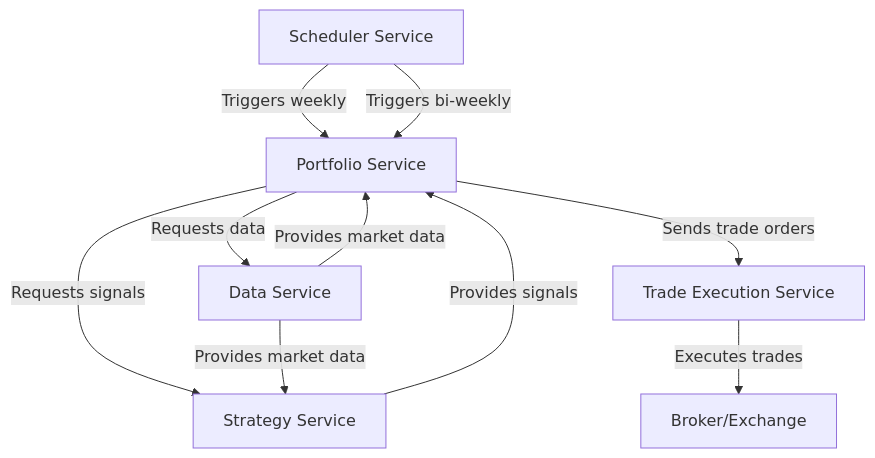
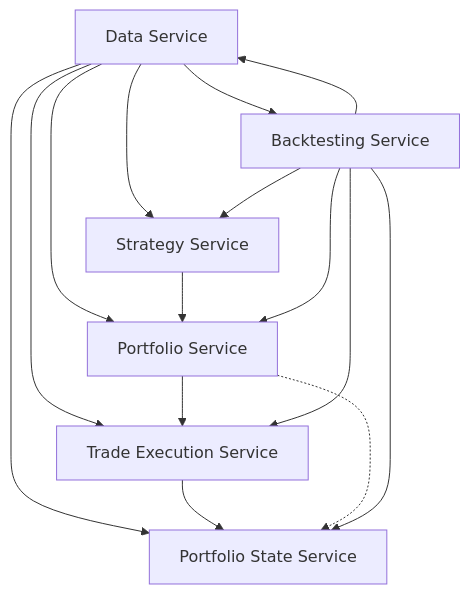
Before and after one commit to denim-bluu/trading_platform: the diagram in README.md, drawn with Mermaid. The commit also changed other lines of this file and 38 other files, not shown here.

````diff
--- a/README.md
+++ b/README.md
@@ -51,12 +52,17 @@
 ```mermaid
 graph TD
-    A[Scheduler Service] -->|Triggers weekly| B[Portfolio Service]
-    A -->|Triggers bi-weekly| B
-    B -->|Requests data| C[Data Service]
-    B -->|Requests signals| D[Strategy Service]
-    B -->|Sends trade orders| E[Trade Execution Service]
-    C -->|Provides market data| B
-    C -->|Provides market data| D
-    D -->|Provides signals| B
-    E -->|Executes trades| F[Broker/Exchange]
+    A[Data Service] --> B[Strategy Service]
+    A --> C[Portfolio Service]
+    A --> D[Trade Execution Service]
+    A --> E[Portfolio State Service]
+    A --> F[Backtesting Service]
+    B --> C
+    C --> D
+    D --> E
+    C -.-> E
+    F --> A
+    F --> B
+    F --> C
+    F --> D
+    F --> E
 ```
````
